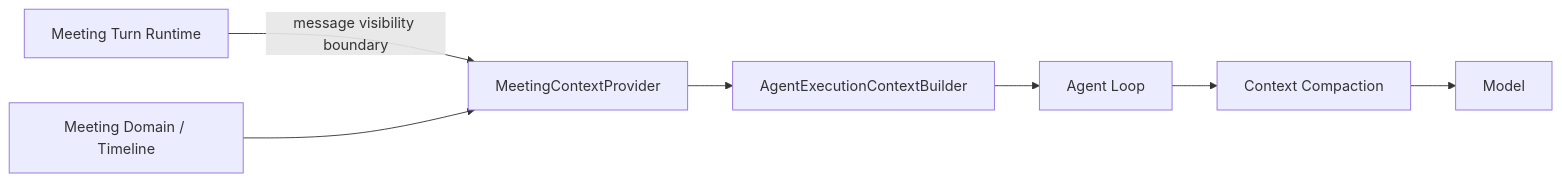
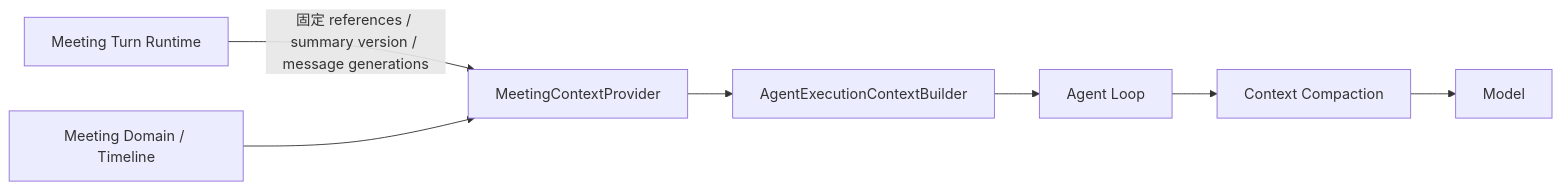
The diagram in docs/architecture/meeting/meeting-context-summary.md (LunaDeerTech/agenteam), drawn with Mermaid before and after one commit. The commit also changed other lines of this file and 86 other files, not shown here.

````diff
--- a/docs/architecture/meeting/meeting-context-summary.md
+++ b/docs/architecture/meeting/meeting-context-summary.md
@@ -20,17 +20,17 @@
 ```mermaid
 flowchart LR
     Runtime["Meeting Turn Runtime"]
     Meeting["Meeting Domain / Timeline"]
     Provider["MeetingContextProvider"]
     Builder["AgentExecutionContextBuilder"]
     Loop["Agent Loop"]
     Compact["Context Compaction"]
     Model["Model"]
 
-    Runtime -->|"message visibility boundary"| Provider
+    Runtime -->|"固定 references / summary version / message generations"| Provider
     Meeting --> Provider
     Provider --> Builder
     Builder --> Loop
     Loop --> Compact
     Compact --> Model
 ```
````
